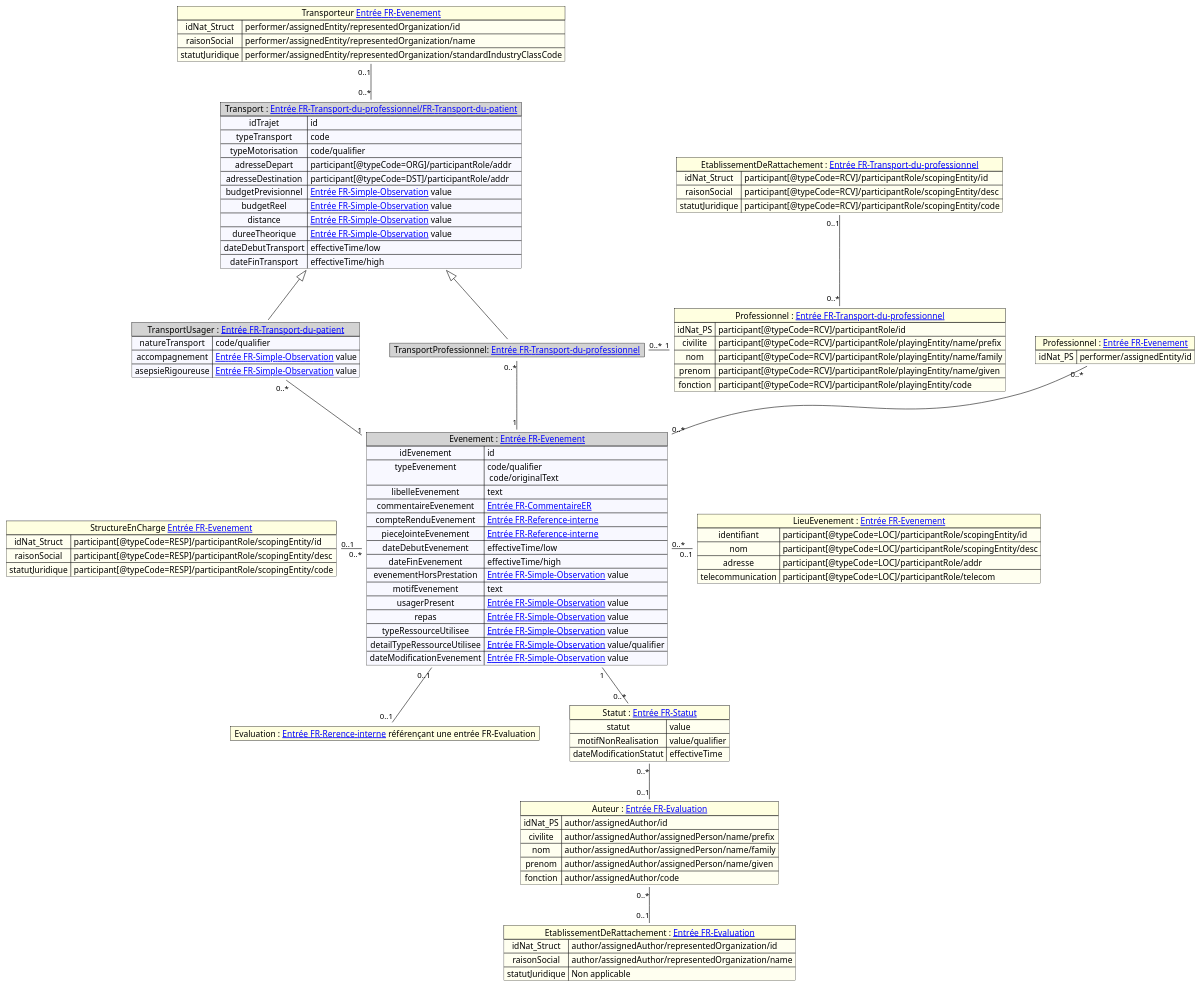
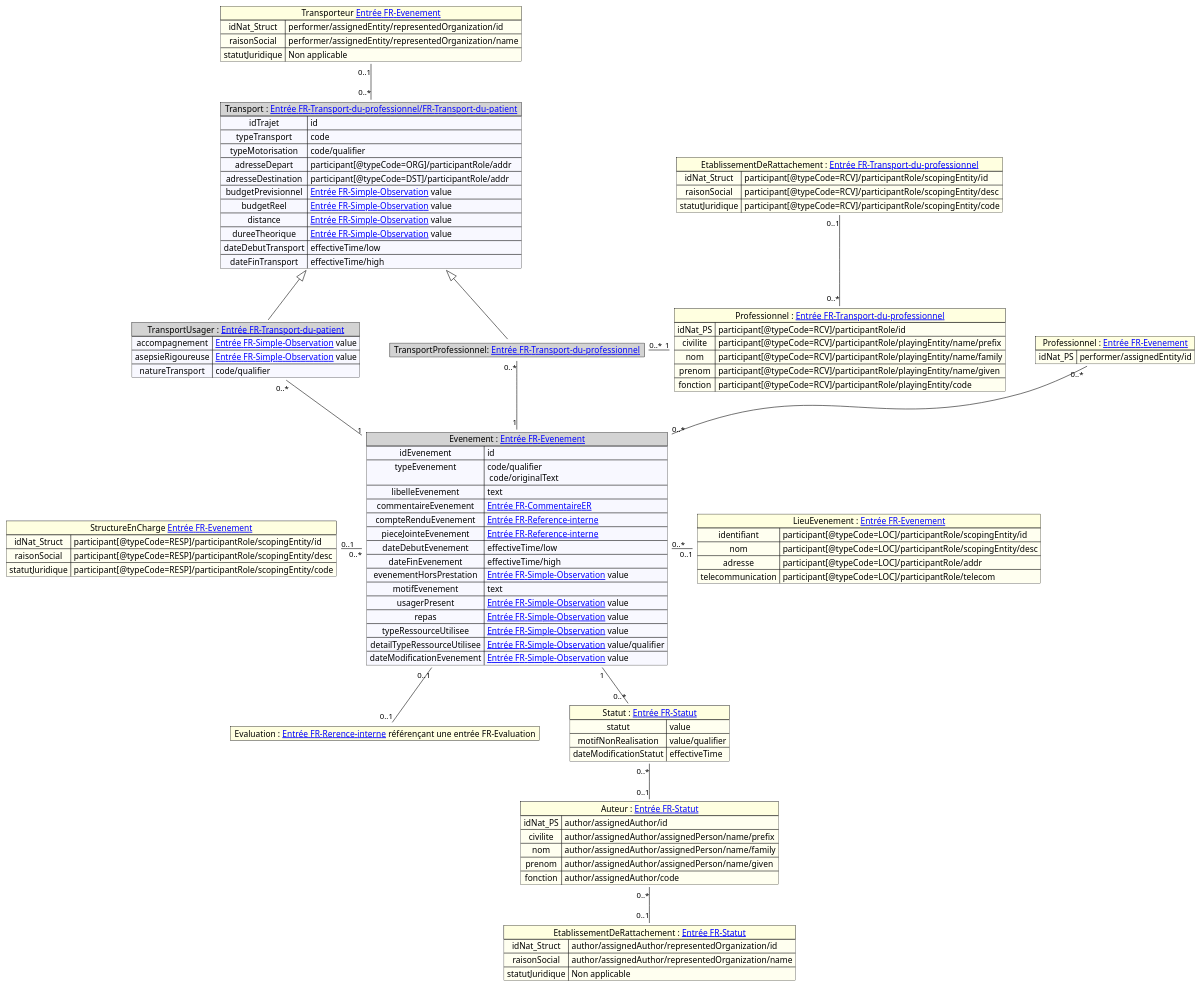
Before and after one commit to ansforge/IG-fhir-transfert-donnees-dui-esms: the diagram in input/images-source/mapping_evenement.plantuml, drawn with PlantUML. The commit also changed 3 other files, not shown here.

```diff
--- a/input/images-source/mapping_evenement.plantuml
+++ b/input/images-source/mapping_evenement.plantuml
@@ -1,128 +1,129 @@
 @startuml
 
 
 map "Evenement : [[contenu_dossier_corps_cda.html Entrée FR-Evenement]]" as Evenement #back:ghostWhite;header:LightGray {
     idEvenement => id
     typeEvenement => code/qualifier \n code/originalText
     libelleEvenement => text
     commentaireEvenement => [[contenu_dossier_corps_cda.html Entrée FR-CommentaireER]]
     compteRenduEvenement => [[contenu_dossier_corps_cda.html Entrée FR-Reference-interne]]
     pieceJointeEvenement => [[contenu_dossier_corps_cda.html Entrée FR-Reference-interne]]
     dateDebutEvenement => effectiveTime/low
     dateFinEvenement => effectiveTime/high
     evenementHorsPrestation => [[contenu_dossier_corps_cda.html Entrée FR-Simple-Observation]] value
     motifEvenement => text
     usagerPresent => [[contenu_dossier_corps_cda.html Entrée FR-Simple-Observation]] value
     repas => [[contenu_dossier_corps_cda.html Entrée FR-Simple-Observation]] value
     typeRessourceUtilisee => [[contenu_dossier_corps_cda.html Entrée FR-Simple-Observation]] value
     detailTypeRessourceUtilisee => [[contenu_dossier_corps_cda.html Entrée FR-Simple-Observation]] value/qualifier
     dateModificationEvenement => [[contenu_dossier_corps_cda.html Entrée FR-Simple-Observation]] value
 }
 map "Transport : [[contenu_dossier_corps_cda.html Entrée FR-Transport-du-professionnel/FR-Transport-du-patient]]" as Transport#back:ghostWhite;header:LightGray {
     idTrajet => id
     typeTransport => code
     typeMotorisation => code/qualifier
     adresseDepart => participant[@typeCode=ORG]/participantRole/addr
     adresseDestination => participant[@typeCode=DST]/participantRole/addr
     budgetPrevisionnel => [[contenu_dossier_corps_cda.html Entrée FR-Simple-Observation]] value
     budgetReel => [[contenu_dossier_corps_cda.html Entrée FR-Simple-Observation]] value
     distance => [[contenu_dossier_corps_cda.html Entrée FR-Simple-Observation]] value
     dureeTheorique => [[contenu_dossier_corps_cda.html Entrée FR-Simple-Observation]] value
     dateDebutTransport => effectiveTime/low
     dateFinTransport => effectiveTime/high
 
 }
 map "Professionnel : [[contenu_dossier_corps_cda.html Entrée FR-Transport-du-professionnel]]" as ProfessionnelTransport #back:Ivory;header:LightYellow  {
     idNat_PS => participant[@typeCode=RCV]/participantRole/id
     civilite => participant[@typeCode=RCV]/participantRole/playingEntity/name/prefix
     nom => participant[@typeCode=RCV]/participantRole/playingEntity/name/family
     prenom => participant[@typeCode=RCV]/participantRole/playingEntity/name/given
     fonction => participant[@typeCode=RCV]/participantRole/playingEntity/code
 }
 
 map "EtablissementDeRattachement : [[contenu_dossier_corps_cda.html Entrée FR-Transport-du-professionnel]]" as etablissementDeRattachement #back:Ivory;header:LightYellow {
     idNat_Struct => participant[@typeCode=RCV]/participantRole/scopingEntity/id
     raisonSocial => participant[@typeCode=RCV]/participantRole/scopingEntity/desc
     statutJuridique => participant[@typeCode=RCV]/participantRole/scopingEntity/code
 }
 
 map "Transporteur [[contenu_dossier_corps_cda.html Entrée FR-Evenement]]" as transporteur #back:Ivory;header:LightYellow  {
     idNat_Struct => performer/assignedEntity/representedOrganization/id
     raisonSocial => performer/assignedEntity/representedOrganization/name
-    statutJuridique =>  performer/assignedEntity/representedOrganization/standardIndustryClassCode
+    statutJuridique =>  Non applicable
 }
 
 map "StructureEnCharge [[contenu_dossier_corps_cda.html Entrée FR-Evenement]]" as structureEnCharge #back:Ivory;header:LightYellow  {
     idNat_Struct => participant[@typeCode=RESP]/participantRole/scopingEntity/id
     raisonSocial => participant[@typeCode=RESP]/participantRole/scopingEntity/desc
     statutJuridique => participant[@typeCode=RESP]/participantRole/scopingEntity/code
 }
 
 
 map "TransportProfessionnel: [[contenu_dossier_corps_cda.html Entrée FR-Transport-du-professionnel]]" as TransportPro#back:ghostWhite;header:LightGray {
 }
 
 
 
 map "TransportUsager : [[contenu_dossier_corps_cda.html Entrée FR-Transport-du-patient]]" as TransportUsager#back:ghostWhite;header:LightGray {
-    natureTransport => code/qualifier
     accompagnement => [[contenu_dossier_corps_cda.html Entrée FR-Simple-Observation]] value
     asepsieRigoureuse => [[contenu_dossier_corps_cda.html Entrée FR-Simple-Observation]] value
+    natureTransport => code/qualifier
+
 }
 
 map "LieuEvenement : [[contenu_dossier_corps_cda.html Entrée FR-Evenement]]" as Lieu #back:Ivory;header:LightYellow  {
     identifiant => participant[@typeCode=LOC]/participantRole/scopingEntity/id    
     nom => participant[@typeCode=LOC]/participantRole/scopingEntity/desc
     adresse => participant[@typeCode=LOC]/participantRole/addr
     telecommunication => participant[@typeCode=LOC]/participantRole/telecom 
 }
 
 map "Evaluation : [[contenu_dossier_corps_cda.html Entrée FR-Rerence-interne]] référençant une entrée FR-Evaluation" as Evaluation #back:Ivory;header:LightYellow {
 }
 
 map "Statut : [[contenu_dossier_corps_cda.html Entrée FR-Statut]]" as Statut #back:Ivory;header:LightYellow{
     statut => value
     motifNonRealisation => value/qualifier
     dateModificationStatut => effectiveTime
 }
 
 map "Professionnel : [[contenu_dossier_corps_cda.html Entrée FR-Evenement]]" as ProfessionnelEvn #back:Ivory;header:LightYellow{
     idNat_PS => performer/assignedEntity/id
 }
 
-map "Auteur : [[contenu_dossier_corps_cda.html Entrée FR-Evaluation]]" as AuteurStatut #back:Ivory;header:LightYellow {
+map "Auteur : [[contenu_dossier_corps_cda.html Entrée FR-Statut]]" as AuteurStatut #back:Ivory;header:LightYellow {
     idNat_PS => author/assignedAuthor/id
     civilite => author/assignedAuthor/assignedPerson/name/prefix
     nom => author/assignedAuthor/assignedPerson/name/family
     prenom => author/assignedAuthor/assignedPerson/name/given
     fonction => author/assignedAuthor/code
 }
 
-map "EtablissementDeRattachement : [[contenu_dossier_corps_cda.html Entrée FR-Evaluation]]" as etablissementDeRattachementAuthStatut #back:Ivory;header:LightYellow {
+map "EtablissementDeRattachement : [[contenu_dossier_corps_cda.html Entrée FR-Statut]]" as etablissementDeRattachementAuthStatut #back:Ivory;header:LightYellow {
     idNat_Struct => author/assignedAuthor/representedOrganization/id
     raisonSocial => author/assignedAuthor/representedOrganization/name
     statutJuridique => Non applicable
 }
 
 
 
 
 Evenement "1" -- "0..*" Statut
 Evenement "0..*" -right- "0..1" Lieu  
 ProfessionnelEvn "0..*" -- "0..*" Evenement
 structureEnCharge "0..1" -right- "0..*" Evenement
 Evenement "1" -up- "0..*" TransportPro 
 TransportPro "0..*" -right- "1" ProfessionnelTransport
 etablissementDeRattachement "0..1" -- "0..*" ProfessionnelTransport
 Transport <|-- TransportPro
 Transport <|-- TransportUsager
 TransportUsager "0..*" -- "1" Evenement
 Evenement "0..1" -- "0..1" Evaluation
 transporteur "0..1" -- "0..*" Transport
 Statut "0..*" -- "0..1" AuteurStatut
 AuteurStatut "0..*" -- "0..1" etablissementDeRattachementAuthStatut
 
 
 
 
 @enduml
```
